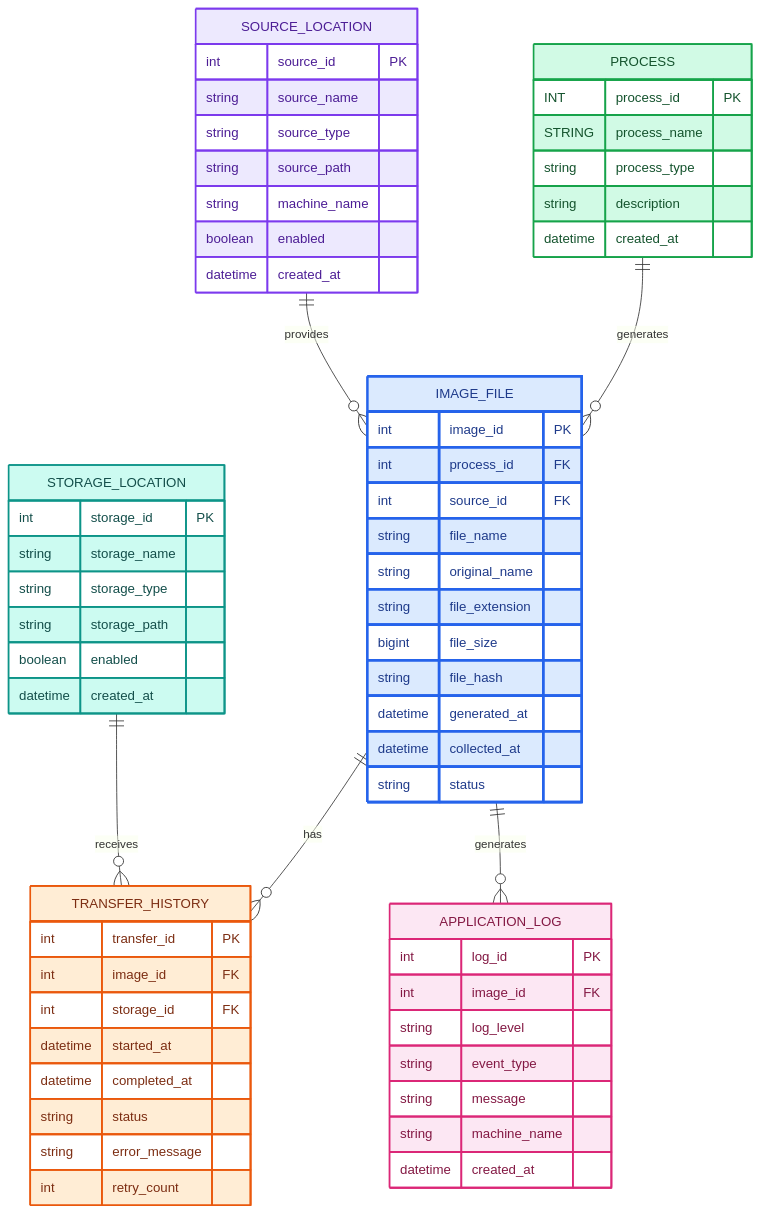
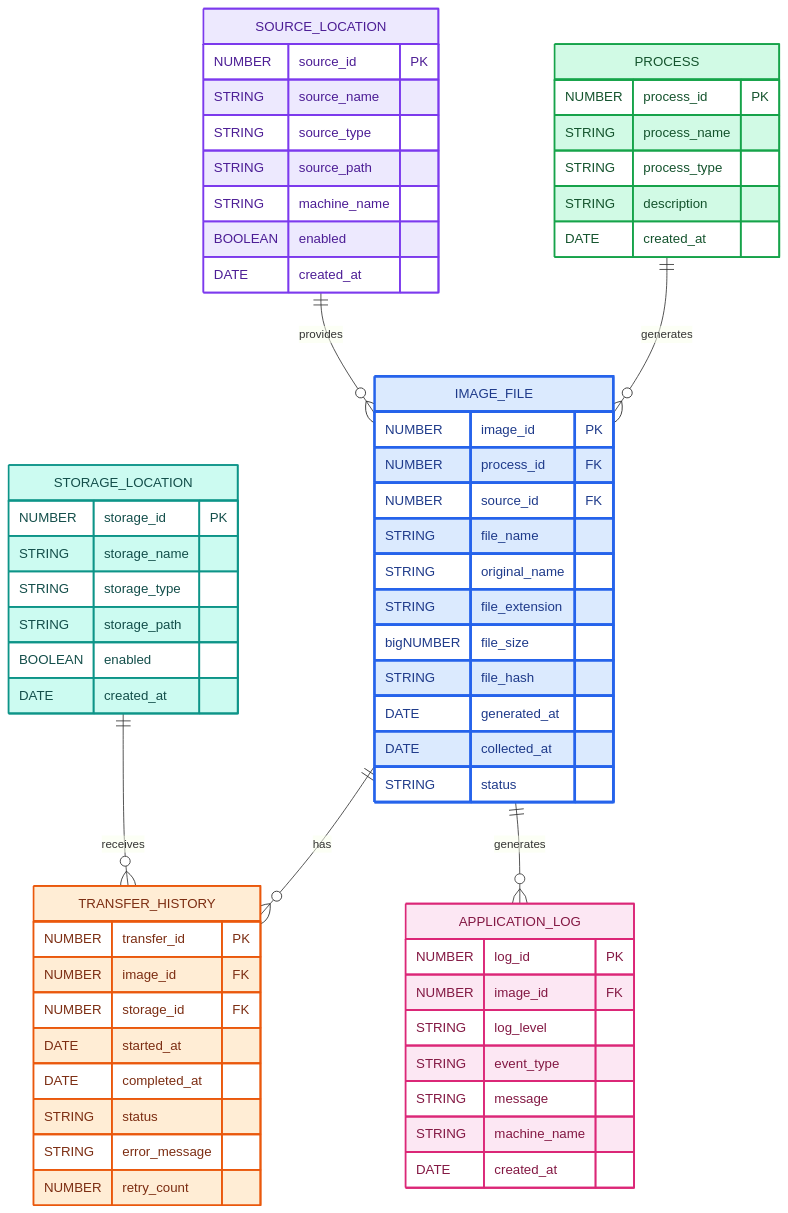
One commit to Stonieeeee/MyObsidianVault changed the diagram in Database Schema Design (Image database system).md. Above: the diagram before and after it, drawn with Mermaid.

Commit message:
++knowledge (Workplace) 🧠 | 🗓️ 2026-09-22 06:16:02

```diff
--- a/Database Schema Design (Image database system).md
+++ b/Database Schema Design (Image database system).md
@@ -42,65 +42,65 @@
     IMAGE_FILE ||--o{ APPLICATION_LOG : generates
 
     PROCESS {
-        INT process_id PK
+        NUMBER process_id PK
         STRING process_name
-        string process_type
-        string description
-        datetime created_at
+        STRING process_type
+        STRING description
+        DATE created_at
     }
 
     SOURCE_LOCATION {
-        int source_id PK
-        string source_name
-        string source_type
-        string source_path
-        string machine_name
-        boolean enabled
-        datetime created_at
+        NUMBER source_id PK
+        STRING source_name
+        STRING source_type
+        STRING source_path
+        STRING machine_name
+        BOOLEAN enabled
+        DATE created_at
     }
 
     IMAGE_FILE {
-        int image_id PK
-        int process_id FK
-        int source_id FK
-        string file_name
-        string original_name
-        string file_extension
-        bigint file_size
-        string file_hash
-        datetime generated_at
-        datetime collected_at
-        string status
+        NUMBER image_id PK
+        NUMBER process_id FK
+        NUMBER source_id FK
+        STRING file_name
+        STRING original_name
+        STRING file_extension
+        bigNUMBER file_size
+        STRING file_hash
+        DATE generated_at
+        DATE collected_at
+        STRING status
     }
 
     STORAGE_LOCATION {
-        int storage_id PK
-        string storage_name
-        string storage_type
-        string storage_path
-        boolean enabled
-        datetime created_at
+        NUMBER storage_id PK
+        STRING storage_name
+        STRING storage_type
+        STRING storage_path
+        BOOLEAN enabled
+        DATE created_at
     }
 
     TRANSFER_HISTORY {
-        int transfer_id PK
-        int image_id FK
-        int storage_id FK
-        datetime started_at
-        datetime completed_at
-        string status
-        string error_message
-        int retry_count
+        NUMBER transfer_id PK
+        NUMBER image_id FK
+        NUMBER storage_id FK
+        DATE started_at
+        DATE completed_at
+        STRING status
+        STRING error_message
+        NUMBER retry_count
     }
 
     APPLICATION_LOG {
-        int log_id PK
-        int image_id FK
-        string log_level
-        string event_type
-        string message
-        string machine_name
-        datetime created_at
+        NUMBER log_id PK
+        NUMBER image_id FK
+        STRING log_level
+        STRING event_type
+        STRING message
+        STRING machine_name
+        DATE created_at
     }
 
 
```
